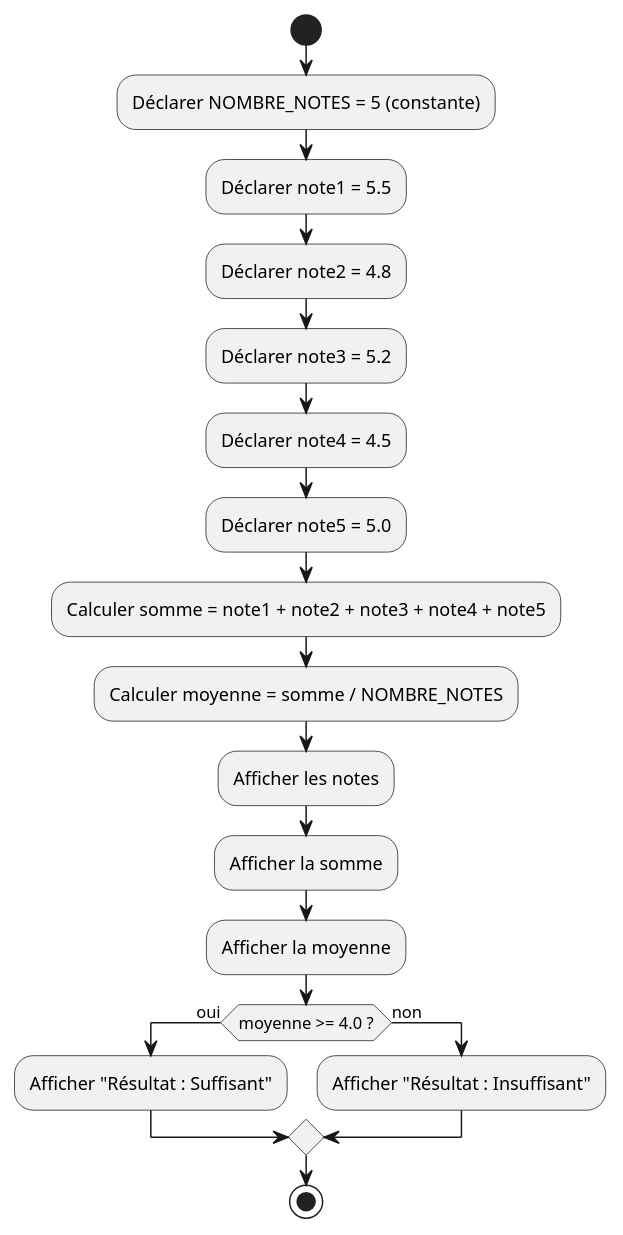
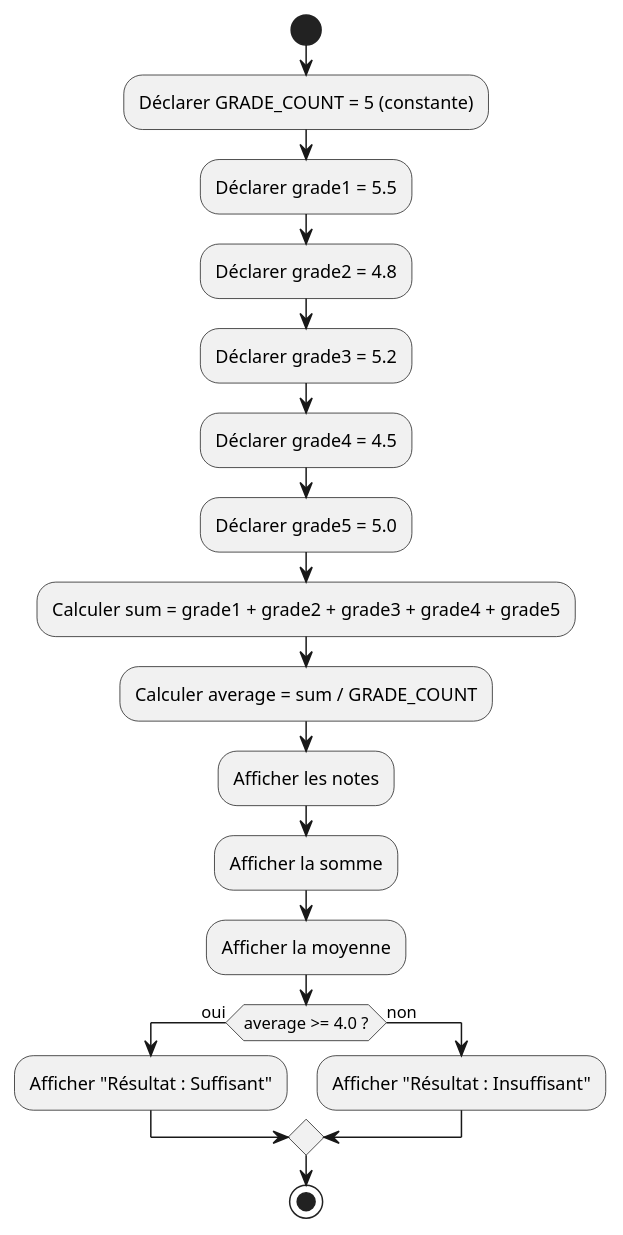
Before and after one commit to HEIG-VD-Prog-Course/HEIG-VD-ProgIM-Course: diagram 12 of 12 in 04.02-variables-constantes/02-exercices/README.md, drawn with PlantUML. The commit also changed other lines of this file and 1 other file, not shown here.

````diff
--- a/04.02-variables-constantes/02-exercices/README.md
+++ b/04.02-variables-constantes/02-exercices/README.md
@@ -917,22 +917,22 @@
 ```plantuml
 @startuml
 start
-:Déclarer NOMBRE_NOTES = 5 (constante);
-:Déclarer note1 = 5.5;
-:Déclarer note2 = 4.8;
-:Déclarer note3 = 5.2;
-:Déclarer note4 = 4.5;
-:Déclarer note5 = 5.0;
-:Calculer somme = note1 + note2 + note3 + note4 + note5;
-:Calculer moyenne = somme / NOMBRE_NOTES;
+:Déclarer GRADE_COUNT = 5 (constante);
+:Déclarer grade1 = 5.5;
+:Déclarer grade2 = 4.8;
+:Déclarer grade3 = 5.2;
+:Déclarer grade4 = 4.5;
+:Déclarer grade5 = 5.0;
+:Calculer sum = grade1 + grade2 + grade3 + grade4 + grade5;
+:Calculer average = sum / GRADE_COUNT;
 :Afficher les notes;
 :Afficher la somme;
 :Afficher la moyenne;
-if (moyenne >= 4.0 ?) then (oui)
+if (average >= 4.0 ?) then (oui)
   :Afficher "Résultat : Suffisant";
 else (non)
   :Afficher "Résultat : Insuffisant";
 endif
 stop
 @enduml
 ```
````
